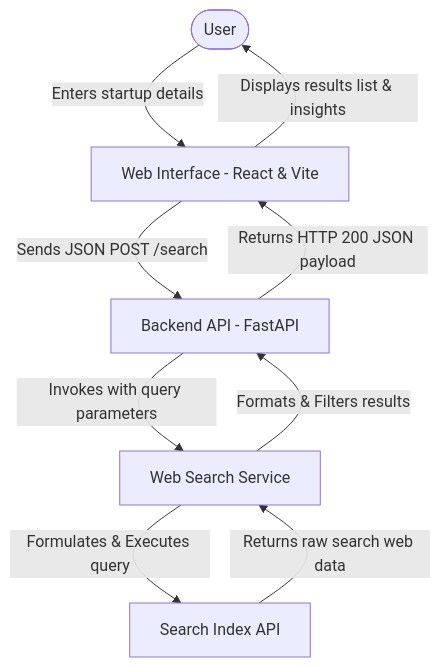
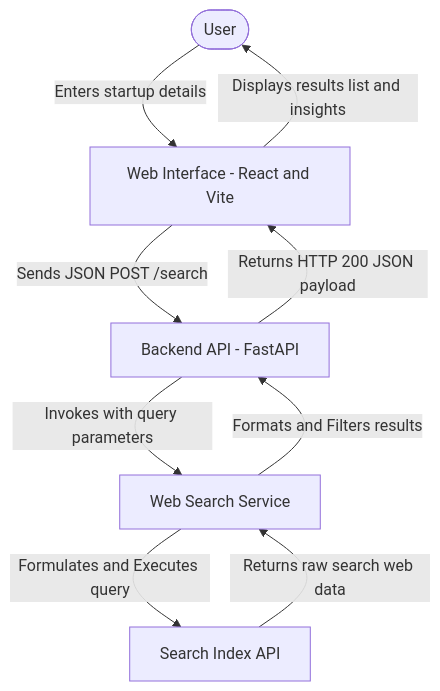
The diagram in README.md (UtkarshSrivastav09/Team-Pulse-ISB7.3), drawn with Mermaid before and after one commit. The commit also changed 2 other files, not shown here.

Commit message:
README.md Updated

````diff
--- a/README.md
+++ b/README.md
@@ -31,17 +31,17 @@
 ```mermaid
 graph TD
     User([User])
-    UI[Web Interface - React & Vite]
-    API[Backend API - FastAPI]
-    WSA[Web Search Service]
-    Tavily[Search Index API]
+    UI["Web Interface - React and Vite"]
+    API["Backend API - FastAPI"]
+    WSA["Web Search Service"]
+    Tavily["Search Index API"]
 
     User -->|Enters startup details| UI
     UI -->|Sends JSON POST /search| API
     API -->|Invokes with query parameters| WSA
-    WSA -->|Formulates & Executes query| Tavily
+    WSA -->|Formulates and Executes query| Tavily
     Tavily -->|Returns raw search web data| WSA
-    WSA -->|Formats & Filters results| API
+    WSA -->|Formats and Filters results| API
     API -->|Returns HTTP 200 JSON payload| UI
-    UI -->|Displays results list & insights| User
+    UI -->|Displays results list and insights| User
 ```
````
